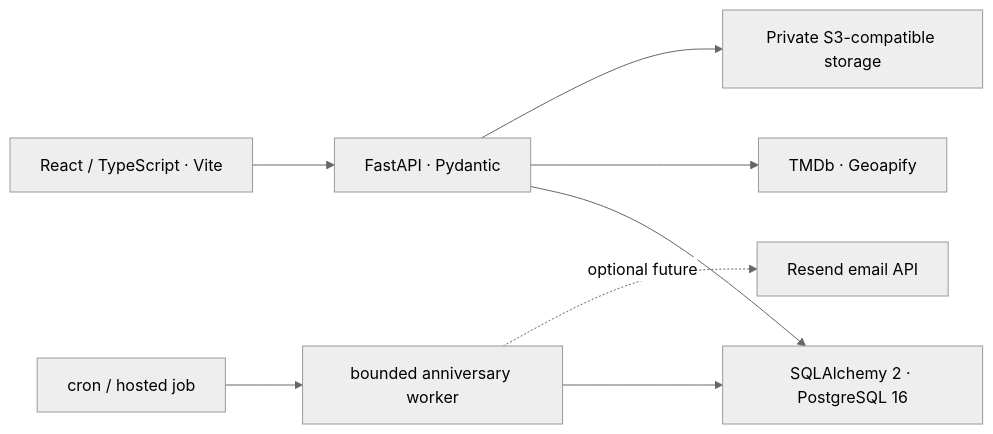
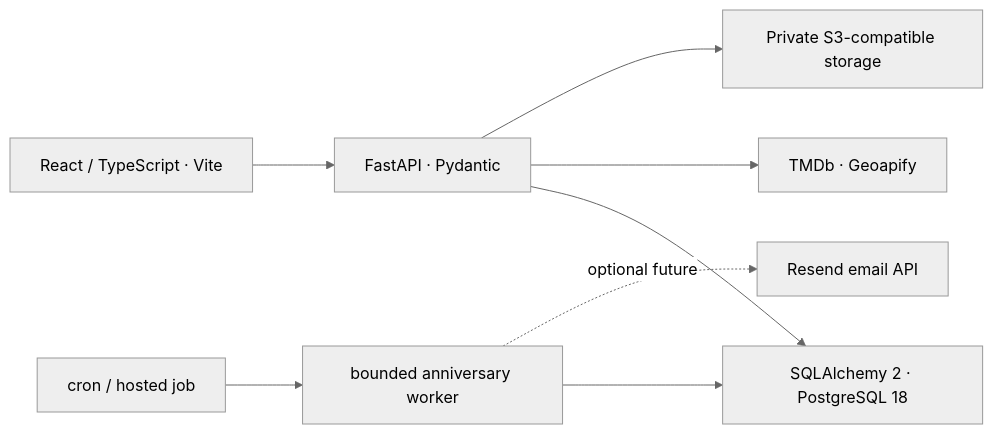
Before and after one commit to RajRaghupatruni/movie-journal: the diagram in docs/TARGET_ARCHITECTURE.md, drawn with Mermaid (neutral theme). The commit also changed other lines of this file and 12 other files, not shown here.

````diff
--- a/docs/TARGET_ARCHITECTURE.md
+++ b/docs/TARGET_ARCHITECTURE.md
@@ -5,10 +5,10 @@
 ```mermaid
 flowchart LR
   UI[React / TypeScript · Vite] --> API[FastAPI · Pydantic]
-  API --> SQL[SQLAlchemy 2 · PostgreSQL 16]
+  API --> SQL[SQLAlchemy 2 · PostgreSQL 18]
   API --> Providers[TMDb · Geoapify]
   API --> Media[Private S3-compatible storage]
   Scheduler[cron / hosted job] --> Worker[bounded anniversary worker]
   Worker --> SQL
   Worker -. optional future .-> Resend[Resend email API]
 ```
````
